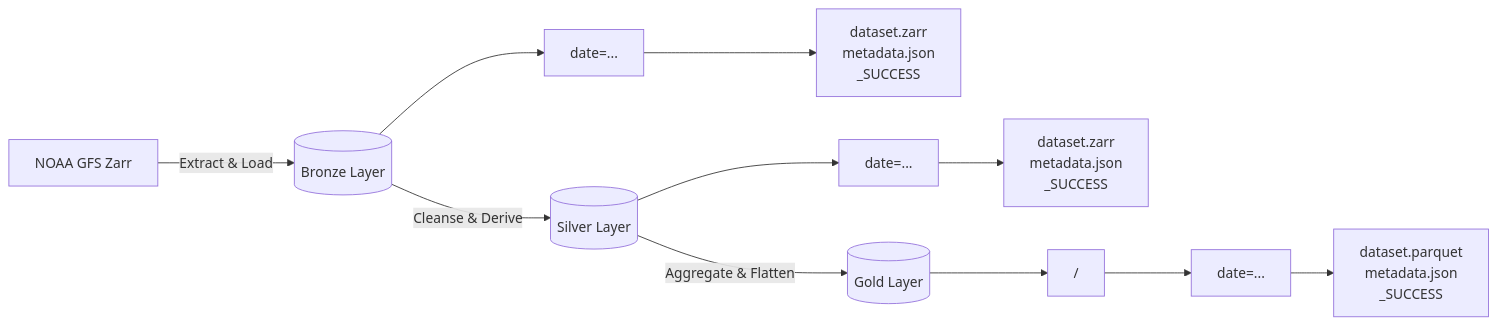
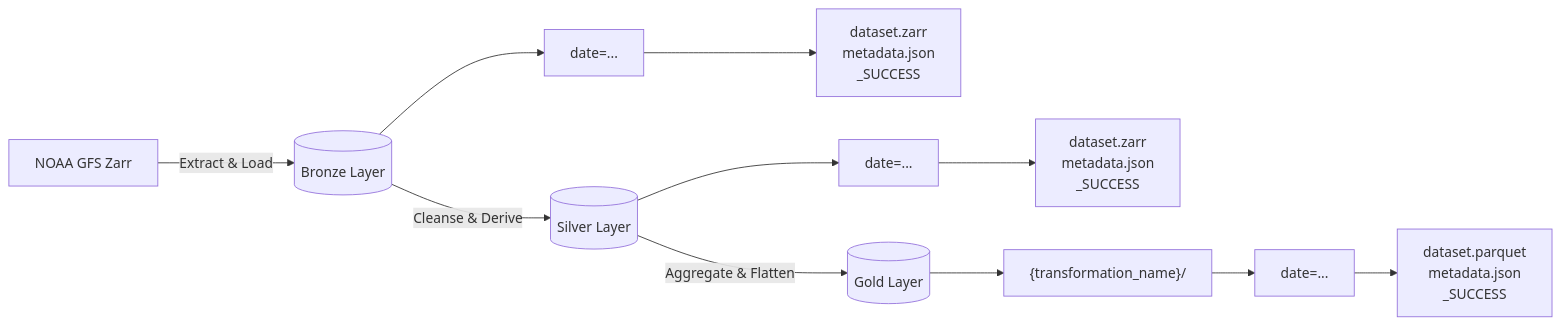
Before and after one commit to hugo-sch11/weather_elt: the diagram in README.md, drawn with Mermaid. The commit also changed other lines of this file, not shown here.

````diff
--- a/README.md
+++ b/README.md
@@ -15,15 +15,15 @@
 ```mermaid
 graph LR
     Source[NOAA GFS Zarr] -->|Extract & Load| Bronze[(Bronze Layer)]
     Bronze --> BDate["date=..."]
     BDate --> BFiles["dataset.zarr<br/>metadata.json<br/>_SUCCESS"]
 
     Bronze -->|Cleanse & Derive| Silver[(Silver Layer)]
     Silver --> SDate["date=..."]
     SDate --> SFiles["dataset.zarr<br/>metadata.json<br/>_SUCCESS"]
 
     Silver -->|Aggregate & Flatten| Gold[(Gold Layer)]
-    Gold --> GTransform["<transformation_name>/"]
+    Gold --> GTransform["{transformation_name}/"]
     GTransform --> GDate["date=..."]
     GDate --> GFiles["dataset.parquet<br/>metadata.json<br/>_SUCCESS"]
 ```
````
